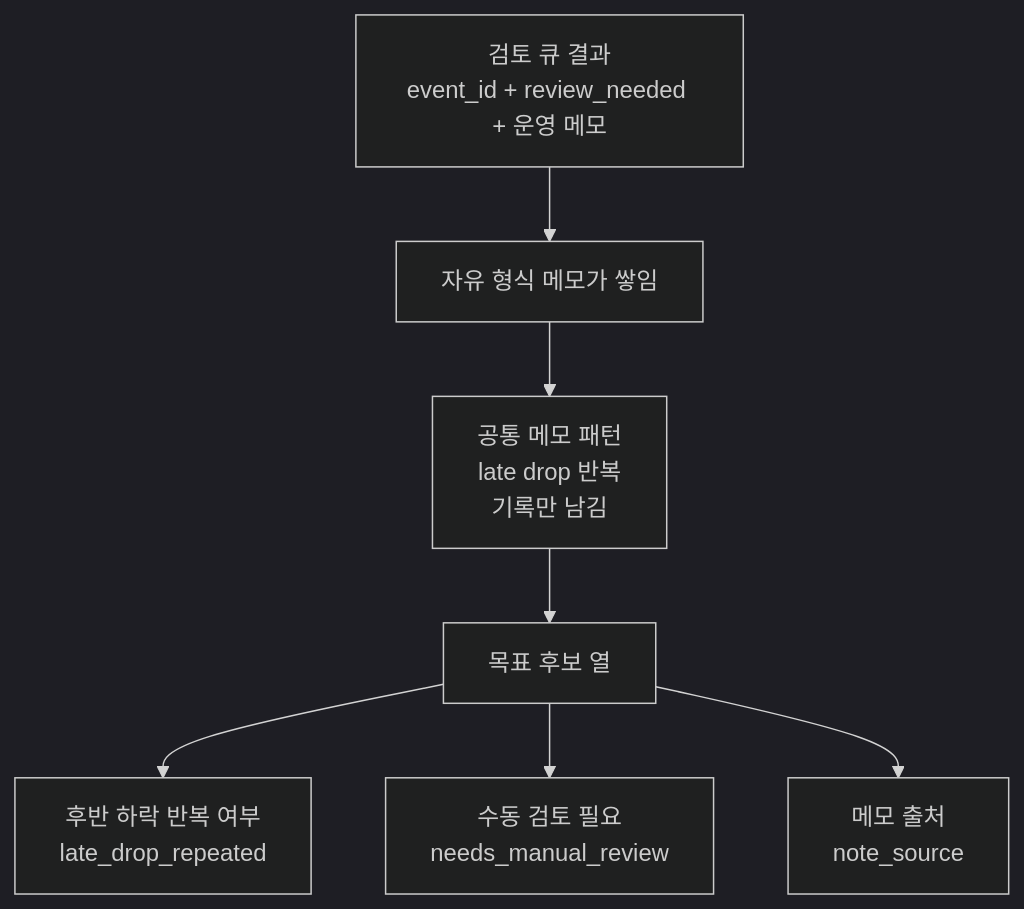
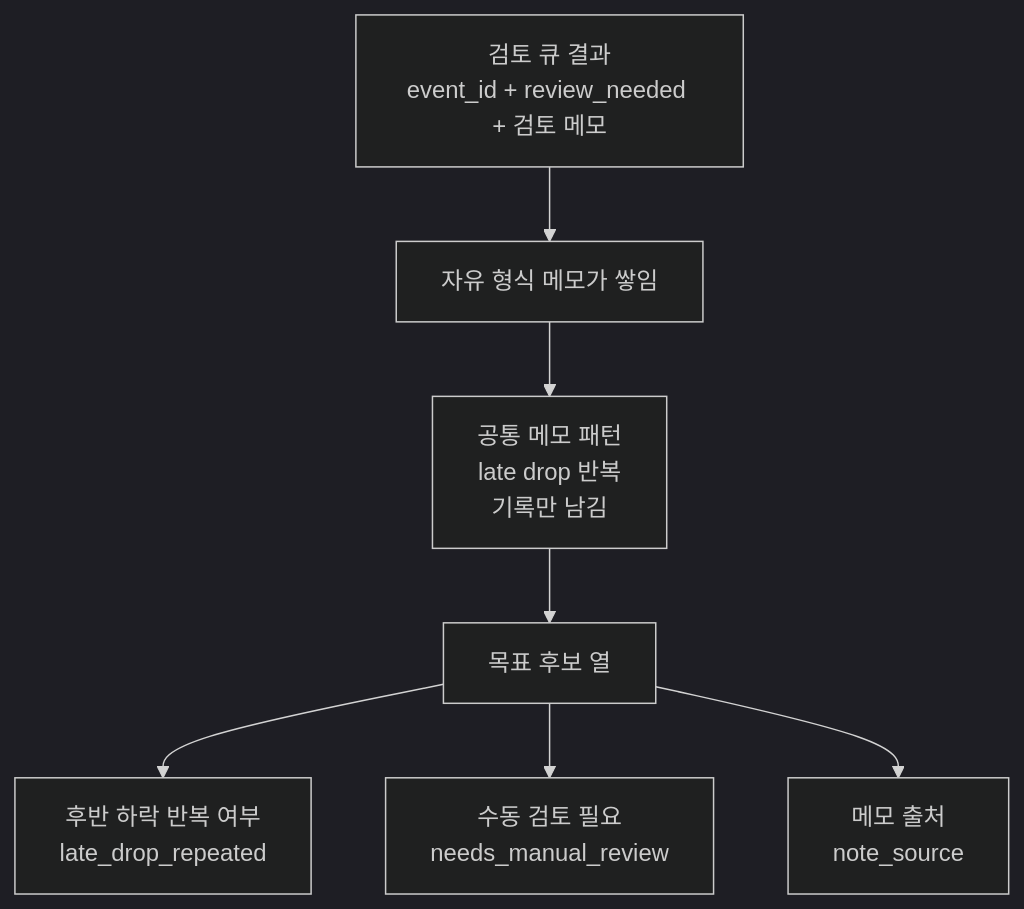
Before and after one commit to devchan64/AiBook: the diagram in docs/parts/part-03/chapter-09/section-04.md, drawn with Mermaid (dark theme). The commit also changed other lines of this file and 43 other files, not shown here.

````diff
--- a/docs/parts/part-03/chapter-09/section-04.md
+++ b/docs/parts/part-03/chapter-09/section-04.md
@@ -90,11 +90,11 @@
 ```mermaid
 flowchart TD
-    A[검토 큐 결과<br/>event_id + review_needed + 운영 메모]
+    A[검토 큐 결과<br/>event_id + review_needed + 검토 메모]
     A --> B[자유 형식 메모가 쌓임]
     B --> C[공통 메모 패턴<br/>late drop 반복<br/>기록만 남김]
     C --> D[목표 후보 열]
 
     D --> D1[후반 하락 반복 여부<br/>late_drop_repeated]
     D --> D2[수동 검토 필요<br/>needs_manual_review]
     D --> D3[메모 출처<br/>note_source]
 ```
````
